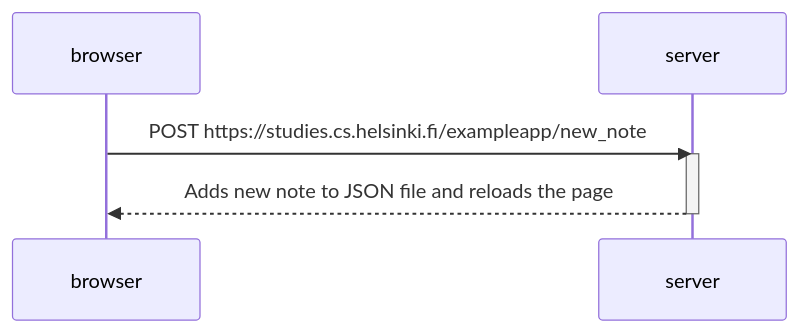
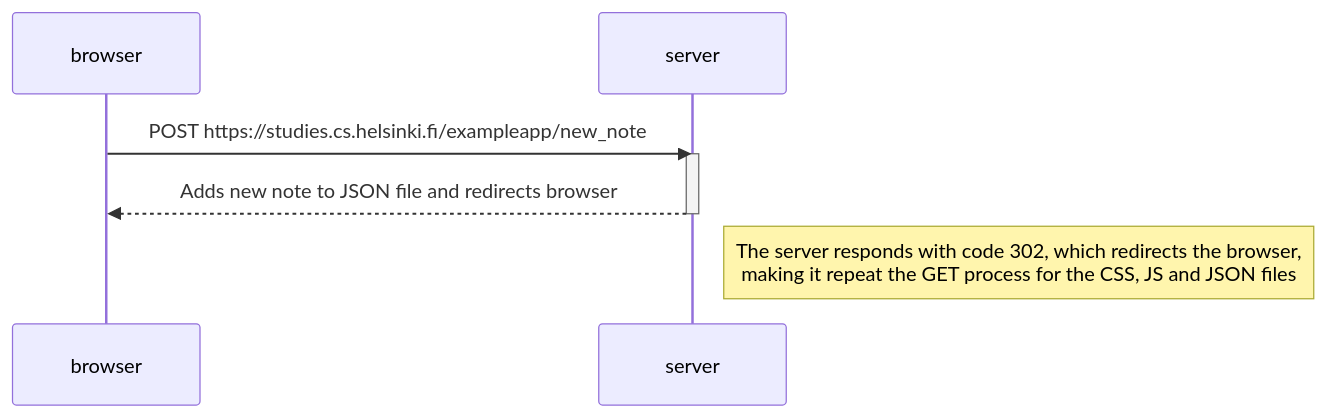
Before and after one commit to Fernando-Iglesias228/MOOC-FSDev: the diagram in part0/New note diagram.md, drawn with Mermaid.

Commit message:
Update New note diagram.md

````diff
--- a/part0/New note diagram.md
+++ b/part0/New note diagram.md
@@ -1,10 +1,12 @@
 ``` mermaid
 sequenceDiagram
 	participant browser
 	participant server
 	
  	browser->>server: POST https://studies.cs.helsinki.fi/exampleapp/new_note
 	activate server
-	server-->>browser: Adds new note to JSON file and reloads the page
+	server-->>browser: Adds new note to JSON file and redirects browser
 	deactivate server
+
+	Note right of server: The server responds with code 302, which redirects the browser, <br>making it repeat the GET process for the CSS, JS and JSON files
 ```
````
